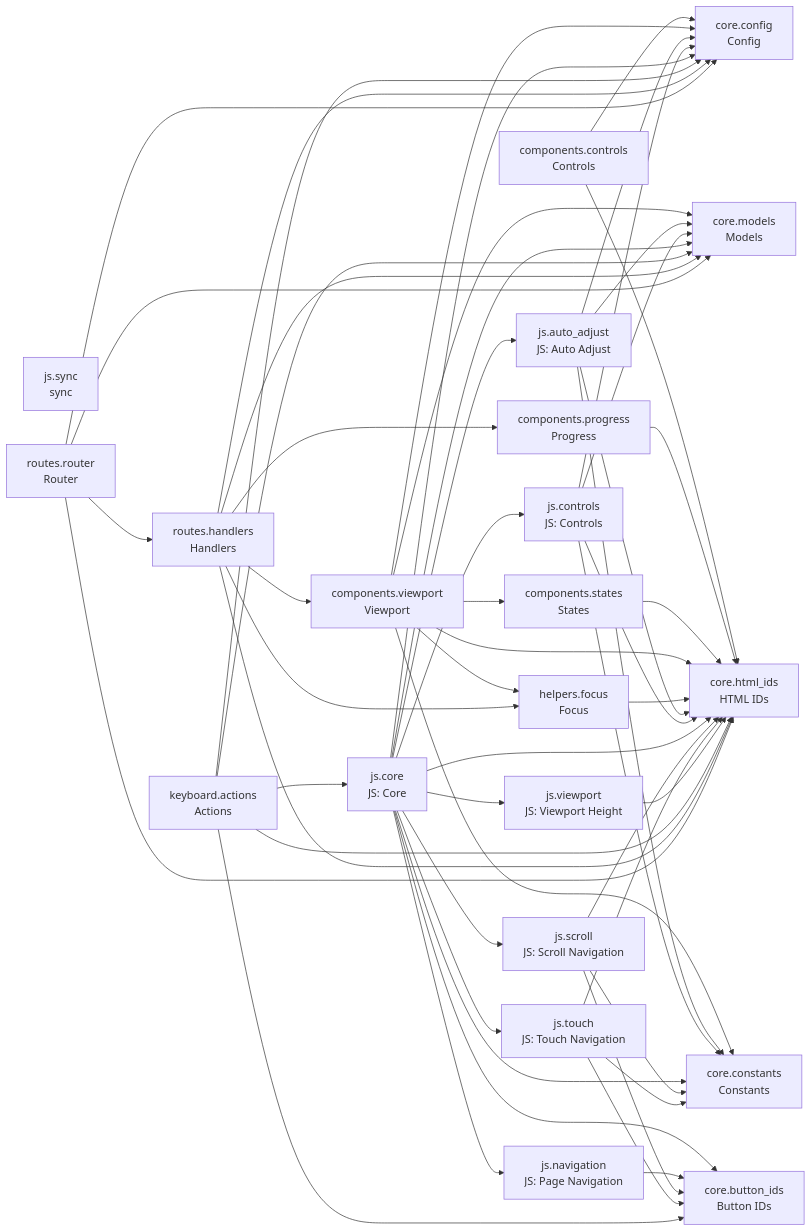
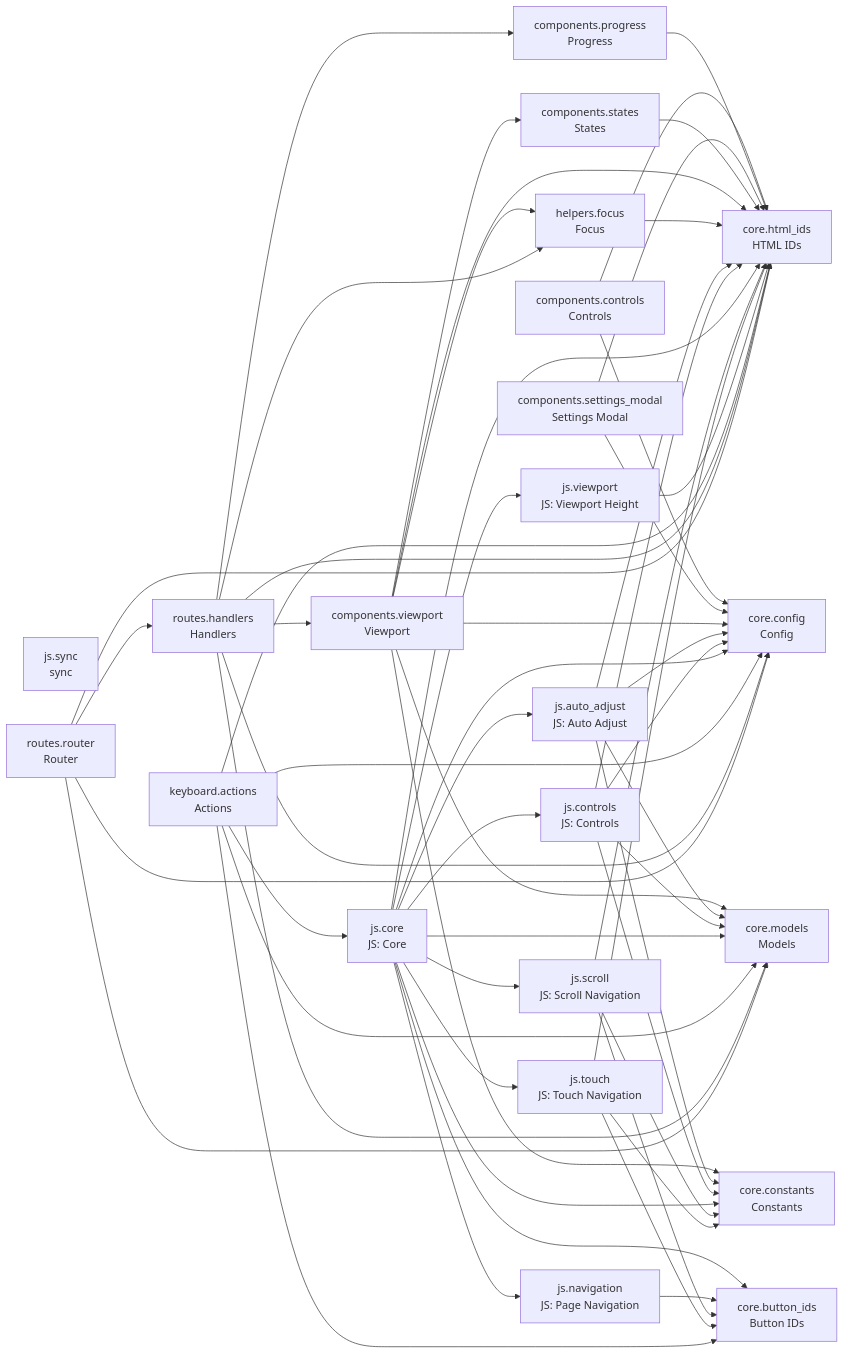
Before and after one commit to cj-mills/cjm-fasthtml-card-stack: the diagram in README.md, drawn with Mermaid. The commit also changed other lines of this file and 8 other files, not shown here.

Commit message:
Add settings modal component with card-count slider (auto toggle), width slider, and opt-in scale slider to replace inline toolbar controls.

````diff
--- a/README.md
+++ b/README.md
@@ -47,78 +48,81 @@
 ``` mermaid
 graph LR
     components_controls[components.controls<br/>Controls]
     components_progress[components.progress<br/>Progress]
+    components_settings_modal[components.settings_modal<br/>Settings Modal]
     components_states[components.states<br/>States]
     components_viewport[components.viewport<br/>Viewport]
     core_button_ids[core.button_ids<br/>Button IDs]
     core_config[core.config<br/>Config]
     core_constants[core.constants<br/>Constants]
     core_html_ids[core.html_ids<br/>HTML IDs]
     core_models[core.models<br/>Models]
     helpers_focus[helpers.focus<br/>Focus]
     js_auto_adjust[js.auto_adjust<br/>JS: Auto Adjust]
     js_controls[js.controls<br/>JS: Controls]
     js_core[js.core<br/>JS: Core]
     js_navigation[js.navigation<br/>JS: Page Navigation]
     js_scroll[js.scroll<br/>JS: Scroll Navigation]
     js_sync[js.sync<br/>sync]
     js_touch[js.touch<br/>JS: Touch Navigation]
     js_viewport[js.viewport<br/>JS: Viewport Height]
     keyboard_actions[keyboard.actions<br/>Actions]
     routes_handlers[routes.handlers<br/>Handlers]
     routes_router[routes.router<br/>Router]
 
     components_controls --> core_config
     components_controls --> core_html_ids
     components_progress --> core_html_ids
+    components_settings_modal --> core_config
+    components_settings_modal --> core_html_ids
     components_states --> core_html_ids
+    components_viewport --> helpers_focus
+    components_viewport --> core_config
+    components_viewport --> core_models
     components_viewport --> components_states
     components_viewport --> core_constants
-    components_viewport --> core_config
-    components_viewport --> core_models
     components_viewport --> core_html_ids
-    components_viewport --> helpers_focus
     helpers_focus --> core_html_ids
+    js_auto_adjust --> core_config
     js_auto_adjust --> core_models
-    js_auto_adjust --> core_config
+    js_auto_adjust --> core_html_ids
     js_auto_adjust --> core_constants
-    js_auto_adjust --> core_html_ids
     js_controls --> core_constants
+    js_controls --> core_config
     js_controls --> core_models
-    js_controls --> core_config
     js_controls --> core_html_ids
+    js_core --> core_constants
+    js_core --> js_controls
+    js_core --> js_auto_adjust
+    js_core --> core_config
+    js_core --> core_models
+    js_core --> js_touch
+    js_core --> js_navigation
+    js_core --> js_scroll
     js_core --> js_viewport
-    js_core --> core_constants
-    js_core --> core_config
-    js_core --> js_controls
-    js_core --> js_scroll
     js_core --> core_button_ids
-    js_core --> js_auto_adjust
-    js_core --> core_models
     js_core --> core_html_ids
-    js_core --> js_navigation
-    js_core --> js_touch
     js_navigation --> core_button_ids
     js_scroll --> core_constants
+    js_scroll --> core_button_ids
     js_scroll --> core_html_ids
-    js_scroll --> core_button_ids
     js_touch --> core_constants
+    js_touch --> core_button_ids
     js_touch --> core_html_ids
-    js_touch --> core_button_ids
     js_viewport --> core_html_ids
+    keyboard_actions --> core_config
+    keyboard_actions --> core_models
     keyboard_actions --> js_core
-    keyboard_actions --> core_config
     keyboard_actions --> core_button_ids
-    keyboard_actions --> core_models
     keyboard_actions --> core_html_ids
     routes_handlers --> components_viewport
     routes_handlers --> core_config
-    routes_handlers --> helpers_focus
     routes_handlers --> core_models
     routes_handlers --> core_html_ids
     routes_handlers --> components_progress
+    routes_handlers --> helpers_focus
+    routes_router --> routes_handlers
     routes_router --> core_config
     routes_router --> core_models
-    routes_router --> routes_handlers
     routes_router --> core_html_ids
 ```
````
